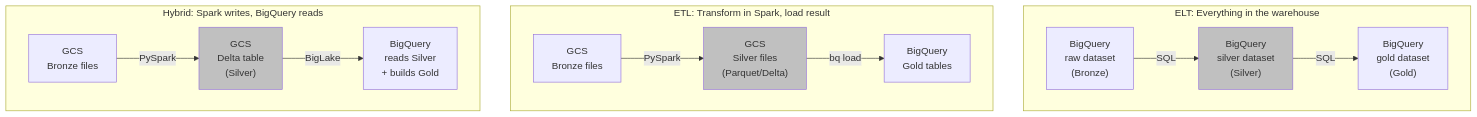
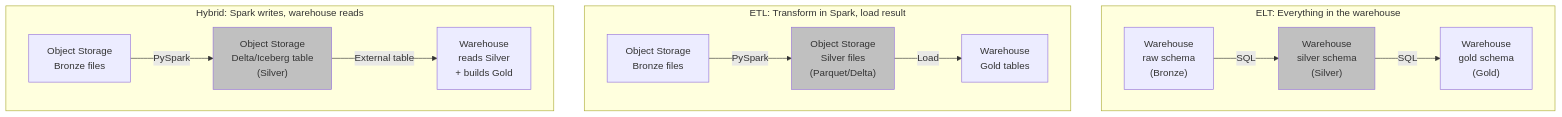
The second of 7 diagrams in playbooks/data/etl-patterns/02_Concepts.md (sunilmogadati/systems-in-production), drawn with Mermaid before and after one commit. The commit also changed other lines of this file and 10 other files, not shown here.

First line of the commit message:
Make ETL/ELT Patterns playbook cloud-agnostic with GCP/AWS/Azure mapping

````diff
--- a/playbooks/data/etl-patterns/02_Concepts.md
+++ b/playbooks/data/etl-patterns/02_Concepts.md
@@ -49,21 +47,21 @@
 ```mermaid
 graph TD
     subgraph "ELT: Everything in the warehouse"
-        ELT_B["BigQuery<br/>raw dataset<br/>(Bronze)"] -->|"SQL"| ELT_S["BigQuery<br/>silver dataset<br/>(Silver)"]
-        ELT_S -->|"SQL"| ELT_G["BigQuery<br/>gold dataset<br/>(Gold)"]
+        ELT_B["Warehouse<br/>raw schema<br/>(Bronze)"] -->|"SQL"| ELT_S["Warehouse<br/>silver schema<br/>(Silver)"]
+        ELT_S -->|"SQL"| ELT_G["Warehouse<br/>gold schema<br/>(Gold)"]
     end
 
     subgraph "ETL: Transform in Spark, load result"
-        ETL_B["GCS<br/>Bronze files"] -->|"PySpark"| ETL_S["GCS<br/>Silver files<br/>(Parquet/Delta)"]
-        ETL_S -->|"bq load"| ETL_G["BigQuery<br/>Gold tables"]
+        ETL_B["Object Storage<br/>Bronze files"] -->|"PySpark"| ETL_S["Object Storage<br/>Silver files<br/>(Parquet/Delta)"]
+        ETL_S -->|"Load"| ETL_G["Warehouse<br/>Gold tables"]
     end
 
-    subgraph "Hybrid: Spark writes, BigQuery reads"
-        H_B["GCS<br/>Bronze files"] -->|"PySpark"| H_S["GCS<br/>Delta table<br/>(Silver)"]
-        H_S -->|"BigLake"| H_G["BigQuery<br/>reads Silver<br/>+ builds Gold"]
+    subgraph "Hybrid: Spark writes, warehouse reads"
+        H_B["Object Storage<br/>Bronze files"] -->|"PySpark"| H_S["Object Storage<br/>Delta/Iceberg table<br/>(Silver)"]
+        H_S -->|"External table"| H_G["Warehouse<br/>reads Silver<br/>+ builds Gold"]
     end
 
     style ELT_S fill:#c0c0c0
     style ETL_S fill:#c0c0c0
     style H_S fill:#c0c0c0
 ```
````
